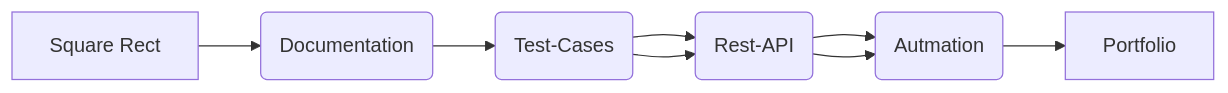
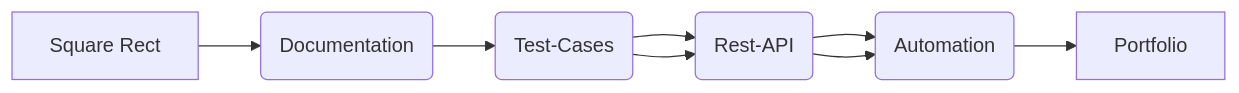
One commit to N-Uladzislau/Portfolio_Project changed the diagram in README.md. Above: the diagram before and after it, drawn with Mermaid.

````diff
--- a/README.md
+++ b/README.md
@@ -2,7 +2,7 @@
 ```mermaid
 graph LR
 A[Square Rect] --> B(Documentation) --> C(Test-Cases)
 C --> D(Front-end) --> E(Automation)
-C --> D(Rest-API) --> E(Autmation) --> F[Portfolio]
+C --> D(Rest-API) --> E(Automation) --> F[Portfolio]
 
 ```
````
